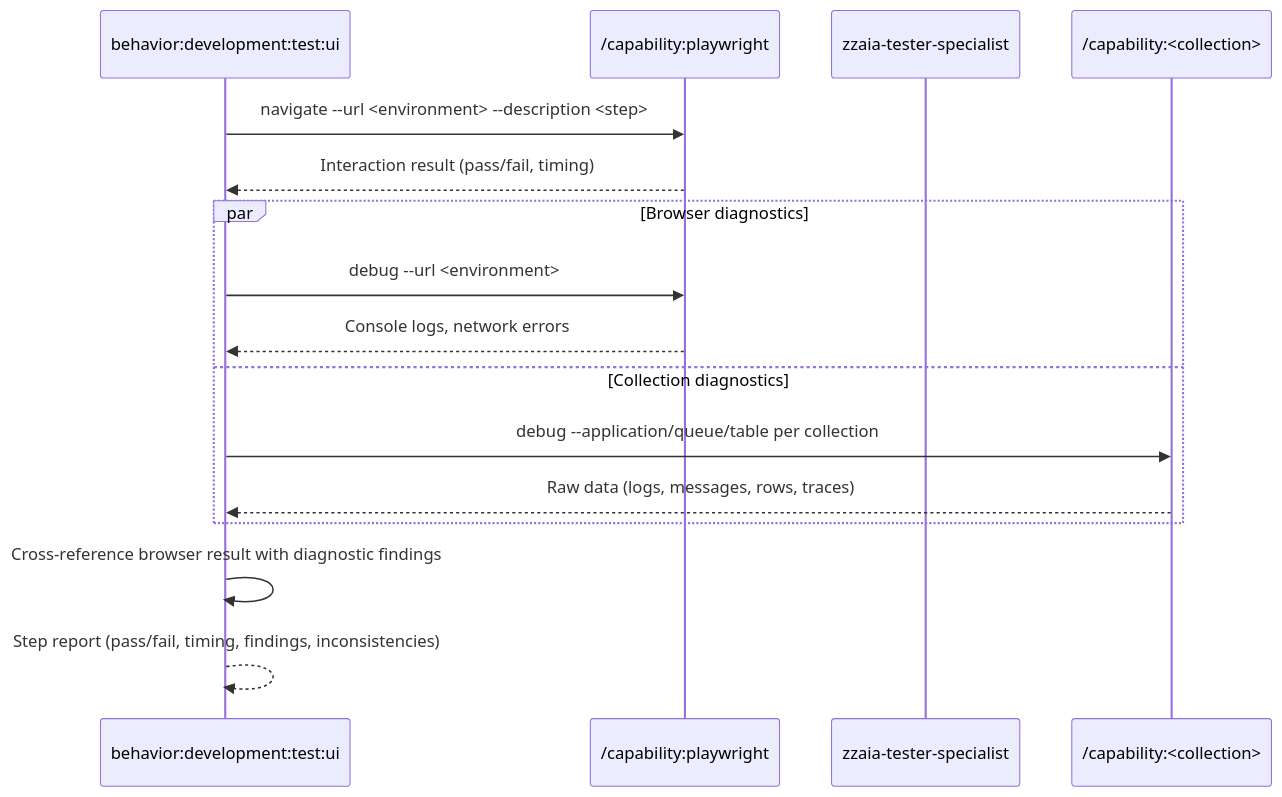
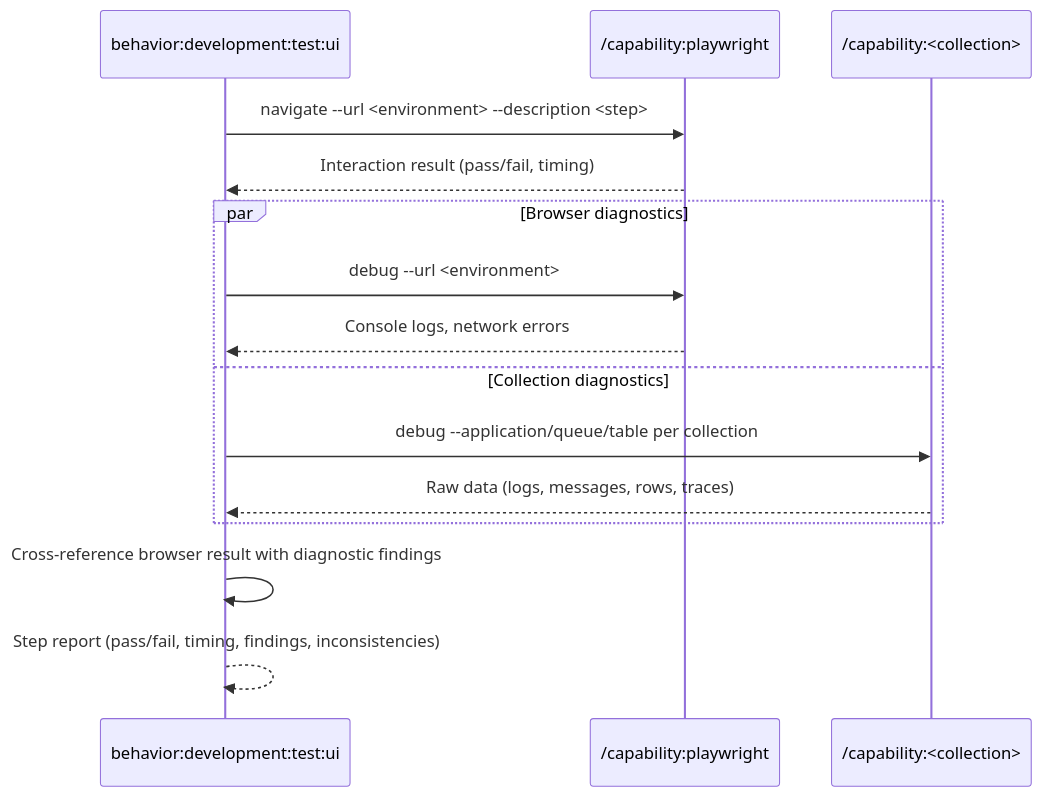
Before and after one commit to zzaia/zzaia-agentic-workspace: the diagram in .claude/commands/behavior/development/test/ui/SKILL.md, drawn with Mermaid. The commit also changed other lines of this file and 5 other files, not shown here.

````diff
--- a/.claude/commands/behavior/development/test/ui/SKILL.md
+++ b/.claude/commands/behavior/development/test/ui/SKILL.md
@@ -71,19 +64,18 @@
 ```mermaid
 sequenceDiagram
     participant C as behavior:development:test:ui
     participant PW as /capability:playwright
-    participant TS as zzaia-tester-specialist
     participant SRC as /capability:<collection>
 
     C->>PW: navigate --url <environment> --description <step>
     PW-->>C: Interaction result (pass/fail, timing)
     par Browser diagnostics
         C->>PW: debug --url <environment>
         PW-->>C: Console logs, network errors
     and Collection diagnostics
         C->>SRC: debug --application/queue/table per collection
         SRC-->>C: Raw data (logs, messages, rows, traces)
     end
     C->>C: Cross-reference browser result with diagnostic findings
     C-->>C: Step report (pass/fail, timing, findings, inconsistencies)
 ```
````
